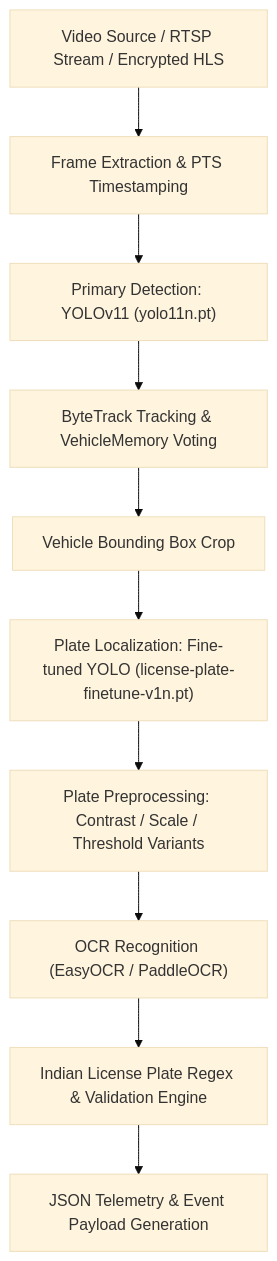
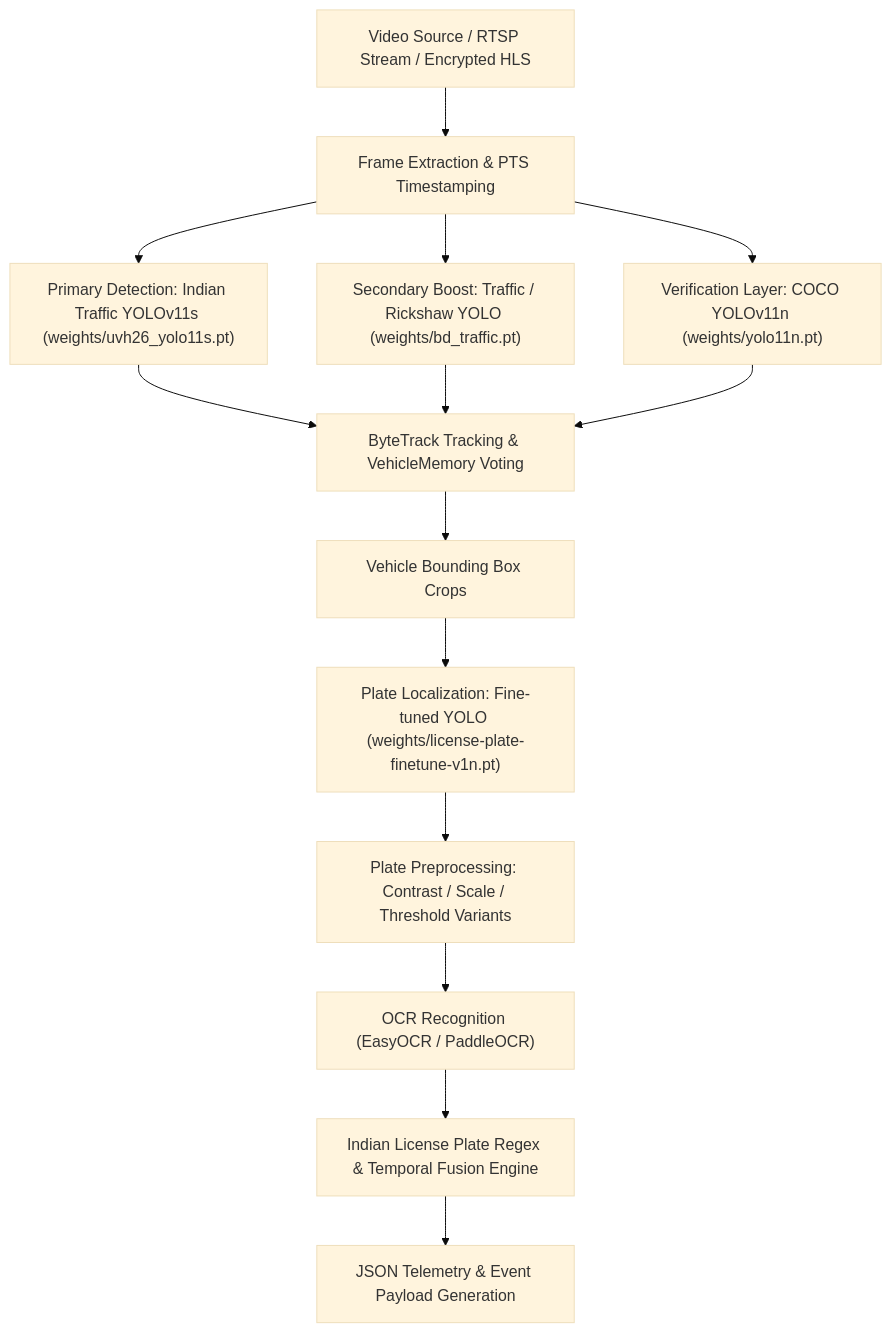
Before and after one commit to PARTHPIPALIYA1101/GPH-2026: the diagram in model/README.md, drawn with Mermaid (base theme). The commit also changed other lines of this file and 12 other files, not shown here.

Commit message:
feat: implement Sentinel AI inference pipeline with vehicle detection, tracking, and ANPR capabilities

````diff
--- a/model/README.md
+++ b/model/README.md
@@ -21,12 +35,14 @@
 ```mermaid
 graph TD
     A[Video Source / RTSP Stream / Encrypted HLS] --> B[Frame Extraction & PTS Timestamping]
-    B --> C["Primary Detection: YOLOv11 (yolo11n.pt)"]
-    C --> D[ByteTrack Tracking & VehicleMemory Voting]
-    D --> E[Vehicle Bounding Box Crop]
-    E --> F["Plate Localization: Fine-tuned YOLO (license-plate-finetune-v1n.pt)"]
-    F --> G[Plate Preprocessing: Contrast / Scale / Threshold Variants]
-    G --> H["OCR Recognition (EasyOCR / PaddleOCR)"]
-    H --> I[Indian License Plate Regex & Validation Engine]
-    I --> J[JSON Telemetry & Event Payload Generation]
+    B --> C["Primary Detection: Indian Traffic YOLOv11s (weights/uvh26_yolo11s.pt)"]
+    B --> D["Secondary Boost: Traffic / Rickshaw YOLO (weights/bd_traffic.pt)"]
+    B --> E["Verification Layer: COCO YOLOv11n (weights/yolo11n.pt)"]
+    C & D & E --> F[ByteTrack Tracking & VehicleMemory Voting]
+    F --> G[Vehicle Bounding Box Crops]
+    G --> H["Plate Localization: Fine-tuned YOLO (weights/license-plate-finetune-v1n.pt)"]
+    H --> I[Plate Preprocessing: Contrast / Scale / Threshold Variants]
+    I --> J["OCR Recognition (EasyOCR / PaddleOCR)"]
+    J --> K[Indian License Plate Regex & Temporal Fusion Engine]
+    K --> L[JSON Telemetry & Event Payload Generation]
 ```
````
